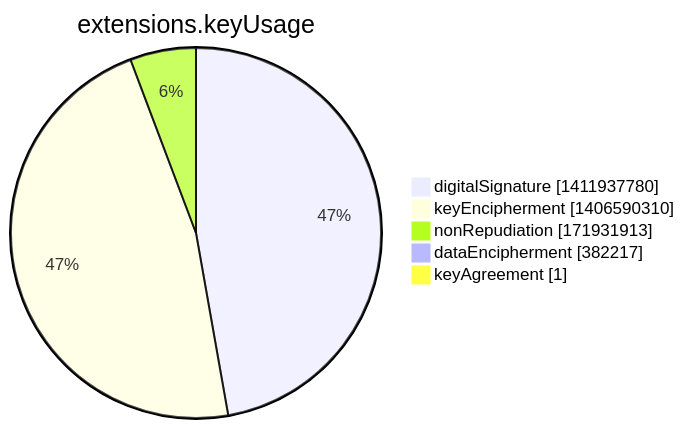
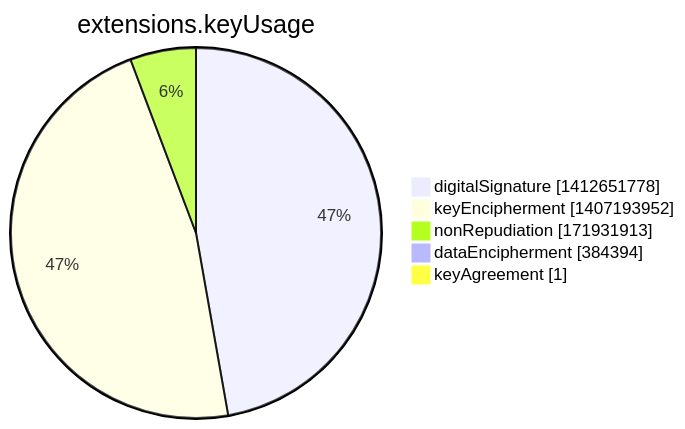
One commit to christiankrug/ctmonitor_visualization changed the seventh of 15 diagrams in argon2022/README.md. Above: the diagram before and after it, drawn with Mermaid. The commit also changed other lines of this file, not shown here.

````diff
--- a/argon2022/README.md
+++ b/argon2022/README.md
@@ -2751,9 +2751,9 @@
 ```mermaid
 pie showData
 title extensions.keyUsage
-"digitalSignature" :1411937780
-"keyEncipherment" :1406590310
+"digitalSignature" :1412651778
+"keyEncipherment" :1407193952
 "nonRepudiation" :171931913
-"dataEncipherment" :382217
+"dataEncipherment" :384394
 "keyAgreement" :1
 ```
````
